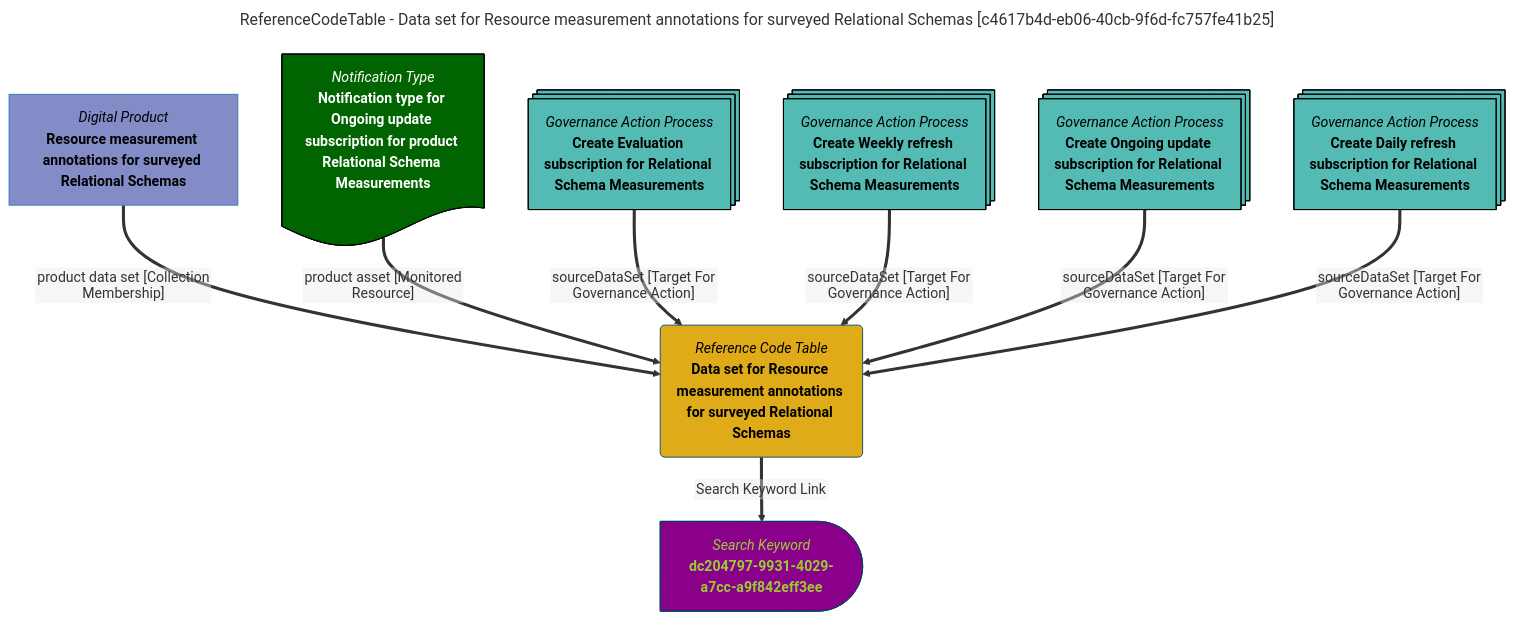
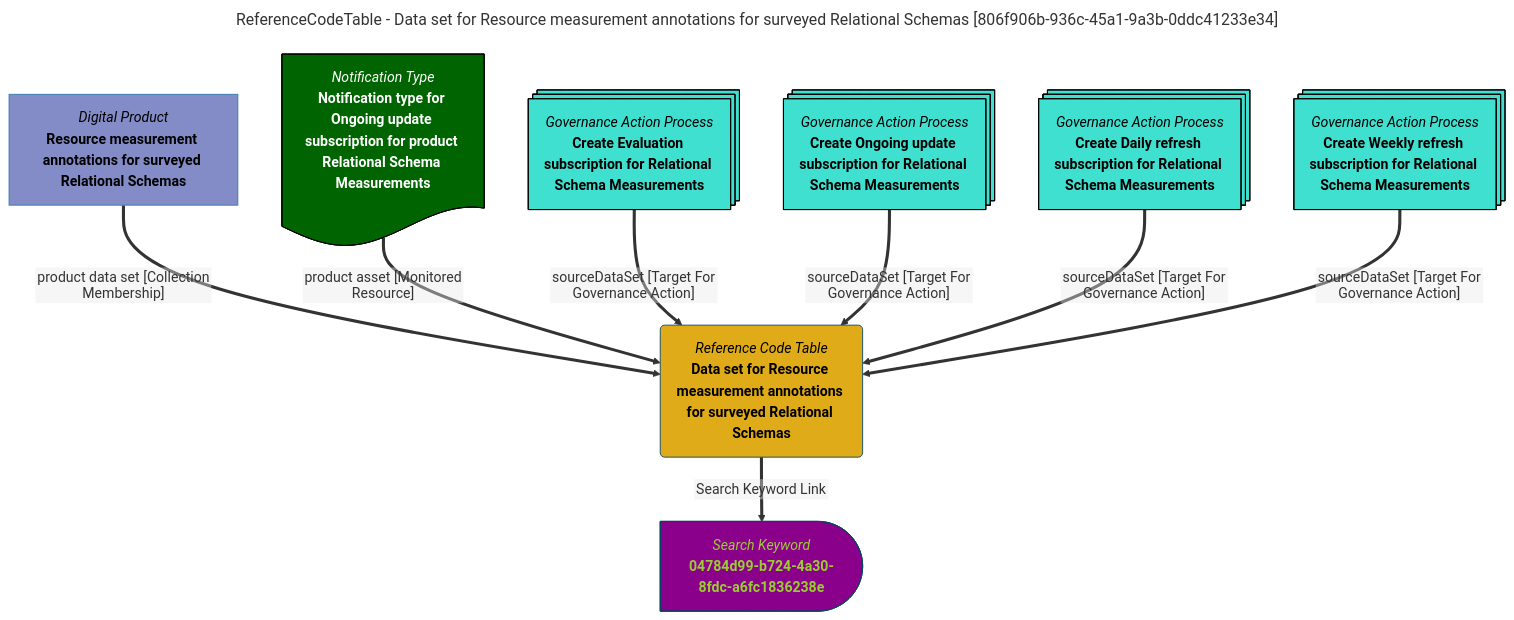
One commit to odpi/egeria-docs changed the diagram in site/snippets/data-assets/data-set-for-resource-measurement-annotations-for-surveyed-relational-schemas-mermaid-graph.md. Above: the diagram before and after it, drawn with Mermaid. The commit also changed 2201 other files, not shown here.

````diff
--- a/site/snippets/data-assets/data-set-for-resource-measurement-annotations-for-surveyed-relational-schemas-mermaid-graph.md
+++ b/site/snippets/data-assets/data-set-for-resource-measurement-annotations-for-surveyed-relational-schemas-mermaid-graph.md
@@ -1,39 +1,39 @@
 ```mermaid
 ---
-title: ReferenceCodeTable - Data set for Resource measurement annotations for surveyed Relational Schemas [c4617b4d-eb06-40cb-9f6d-fc757fe41b25]
+title: ReferenceCodeTable - Data set for Resource measurement annotations for surveyed Relational Schemas [806f906b-936c-45a1-9a3b-0ddc41233e34]
 ---
 flowchart TD
 %%{init: {"flowchart": {"htmlLabels": false}} }%%
 
 1@{ shape: rounded, label: "*Reference Code Table*
 **Data set for Resource measurement annotations for surveyed Relational Schemas**"}
 2@{ shape: delay, label: "*Search Keyword*
-**dc204797-9931-4029-a7cc-a9f842eff3ee**"}
+**04784d99-b724-4a30-8fdc-a6fc1836238e**"}
 1==>|"Search Keyword Link"|2
 3@{ shape: rect, label: "*Digital Product*
 **Resource measurement annotations for surveyed Relational Schemas**"}
 3==>|"product data set [Collection Membership]"|1
 4@{ shape: doc, label: "*Notification Type*
 **Notification type for Ongoing update subscription for product Relational Schema Measurements**"}
 4==>|"product asset [Monitored Resource]"|1
 5@{ shape: processes, label: "*Governance Action Process*
 **Create Evaluation subscription for Relational Schema Measurements**"}
 5==>|"sourceDataSet [Target For Governance Action]"|1
 6@{ shape: processes, label: "*Governance Action Process*
-**Create Weekly refresh subscription for Relational Schema Measurements**"}
+**Create Ongoing update subscription for Relational Schema Measurements**"}
 6==>|"sourceDataSet [Target For Governance Action]"|1
 7@{ shape: processes, label: "*Governance Action Process*
-**Create Ongoing update subscription for Relational Schema Measurements**"}
+**Create Daily refresh subscription for Relational Schema Measurements**"}
 7==>|"sourceDataSet [Target For Governance Action]"|1
 8@{ shape: processes, label: "*Governance Action Process*
-**Create Daily refresh subscription for Relational Schema Measurements**"}
+**Create Weekly refresh subscription for Relational Schema Measurements**"}
 8==>|"sourceDataSet [Target For Governance Action]"|1
 style 1 color:#000000, fill:#e0ab18, stroke:#004563
-style 2 color:#9acd32, fill:#8b008b, stroke:#004563
+style 2 color:#9ACD32, fill:#8B008B, stroke:#004563
 style 3 color:#000000, fill:#838cc7, stroke:#3079ab
 style 4 color:#FFFFFF, fill:#006400, stroke:#000000
-style 5 color:#000000, fill:#53bbb4, stroke:#000000
-style 6 color:#000000, fill:#53bbb4, stroke:#000000
-style 7 color:#000000, fill:#53bbb4, stroke:#000000
-style 8 color:#000000, fill:#53bbb4, stroke:#000000
+style 5 color:#000000, fill:#40E0D0, stroke:#000000
+style 6 color:#000000, fill:#40E0D0, stroke:#000000
+style 7 color:#000000, fill:#40E0D0, stroke:#000000
+style 8 color:#000000, fill:#40E0D0, stroke:#000000
 ```
````
